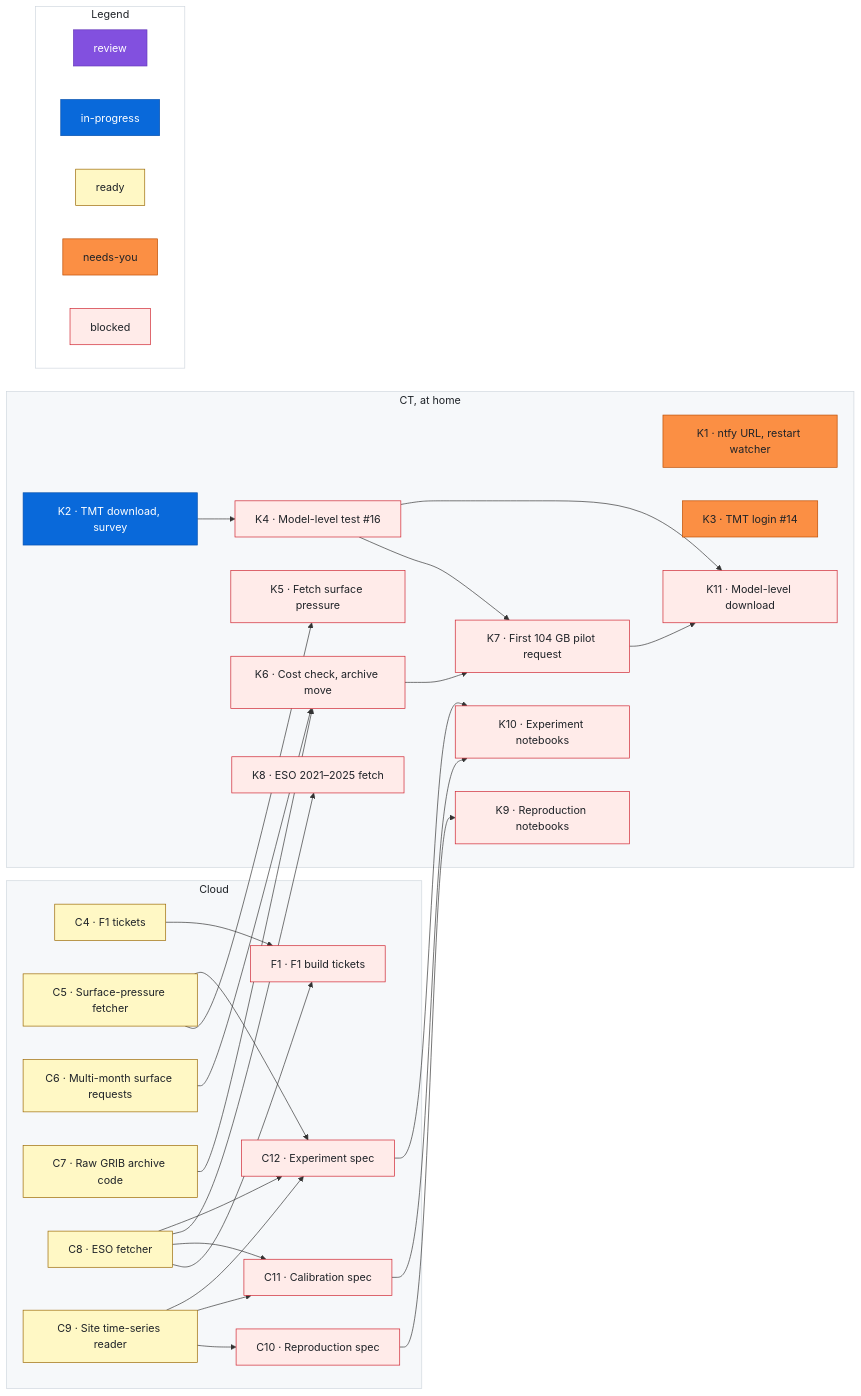
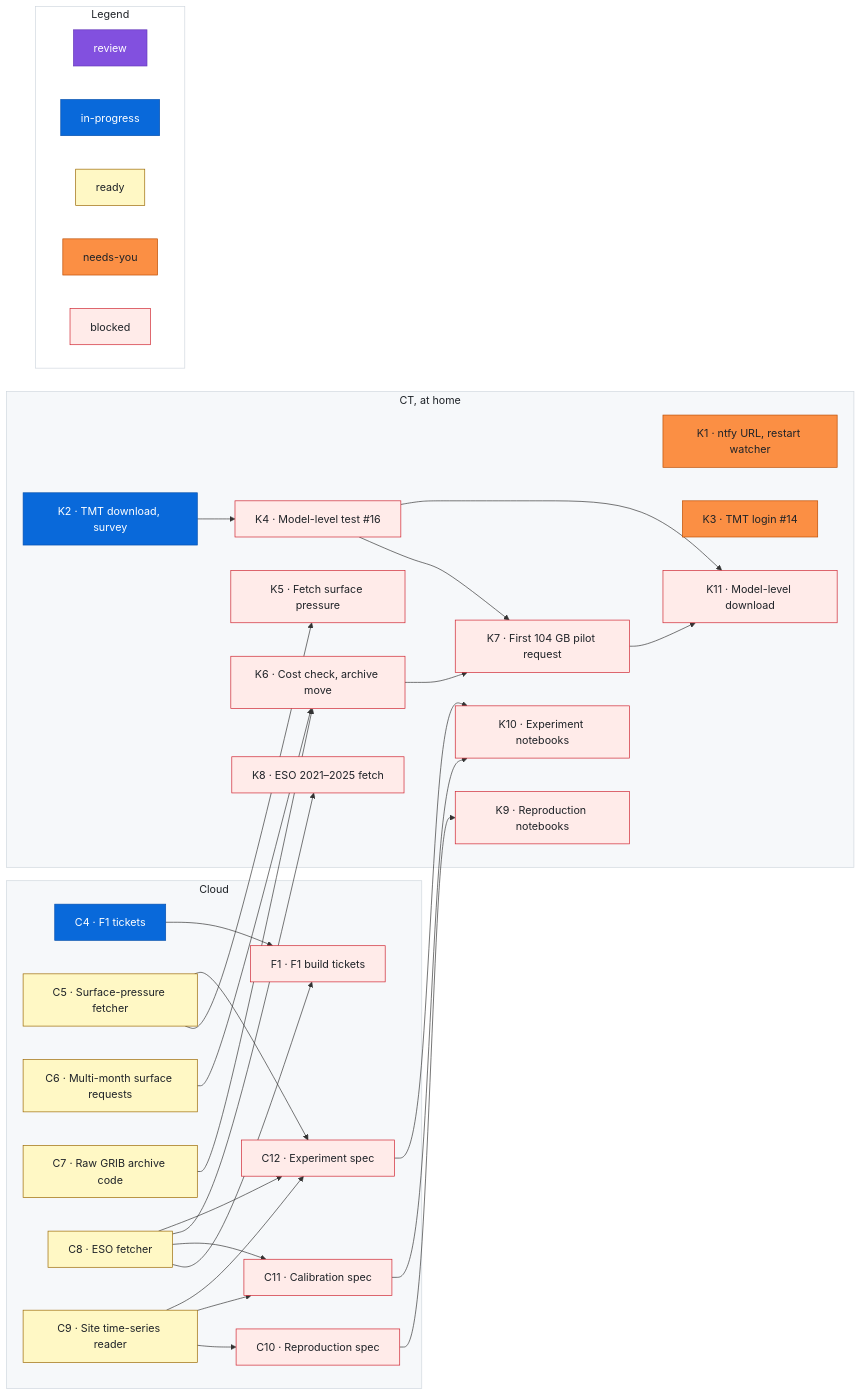
Before and after one commit to rrweller/Astro-seeing: the diagram in docs/roadmap.md, drawn with Mermaid. The commit also changed other lines of this file, not shown here.

Commit message:
roadmap: C4 ready → in-progress

```diff
--- a/docs/roadmap.md
+++ b/docs/roadmap.md
@@ -126,7 +126,7 @@
   classDef needsyou fill:#fb8f44,stroke:#bc4c00,color:#1f2328
   classDef blocked fill:#ffebe9,stroke:#cf222e,color:#1f2328
   %% Status lines: one per item, each followed by a `%% ---` spacer. Sessions change only the last word.
-  class C4 ready
+  class C4 inprogress
   %% ---
   class C5 ready
   %% ---
```
